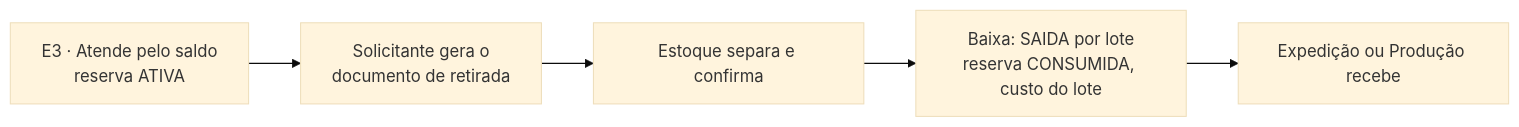
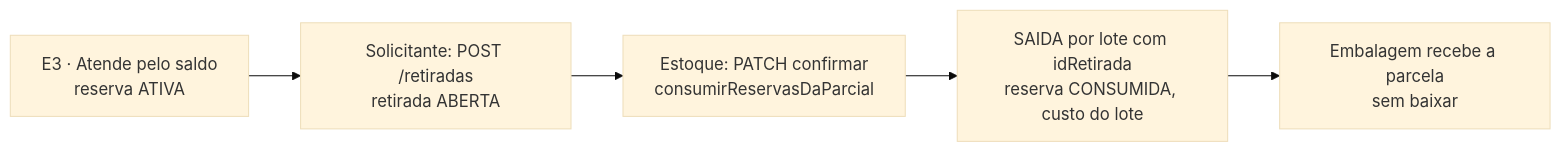
The diagram in 06-Contratos/Ativos/LOG-54-Documento-de-Retirada-e-Baixa-na-Retirada.md (Acosvital/vault-avhub-mer), drawn with Mermaid (base theme) before and after one commit. The commit also changed other lines of this file and 11 other files, not shown here.

````diff
--- a/06-Contratos/Ativos/LOG-54-Documento-de-Retirada-e-Baixa-na-Retirada.md
+++ b/06-Contratos/Ativos/LOG-54-Documento-de-Retirada-e-Baixa-na-Retirada.md
@@ -63,7 +157,7 @@
 ```mermaid
 flowchart LR
-    A["E3 · Atende pelo saldo<br/>reserva ATIVA"] --> R["Solicitante gera o<br/>documento de retirada"]
-    R --> C["Estoque separa e confirma"]
-    C --> B["Baixa: SAIDA por lote<br/>reserva CONSUMIDA, custo do lote"]
-    B --> X["Expedição ou Produção recebe"]
+    A["E3 · Atende pelo saldo<br/>reserva ATIVA"] --> R["Solicitante: POST /retiradas<br/>retirada ABERTA"]
+    R --> C["Estoque: PATCH confirmar<br/>consumirReservasDaParcial"]
+    C --> B["SAIDA por lote com idRetirada<br/>reserva CONSUMIDA, custo do lote"]
+    B --> X["Embalagem recebe a parcela<br/>sem baixar"]
 ```
````
